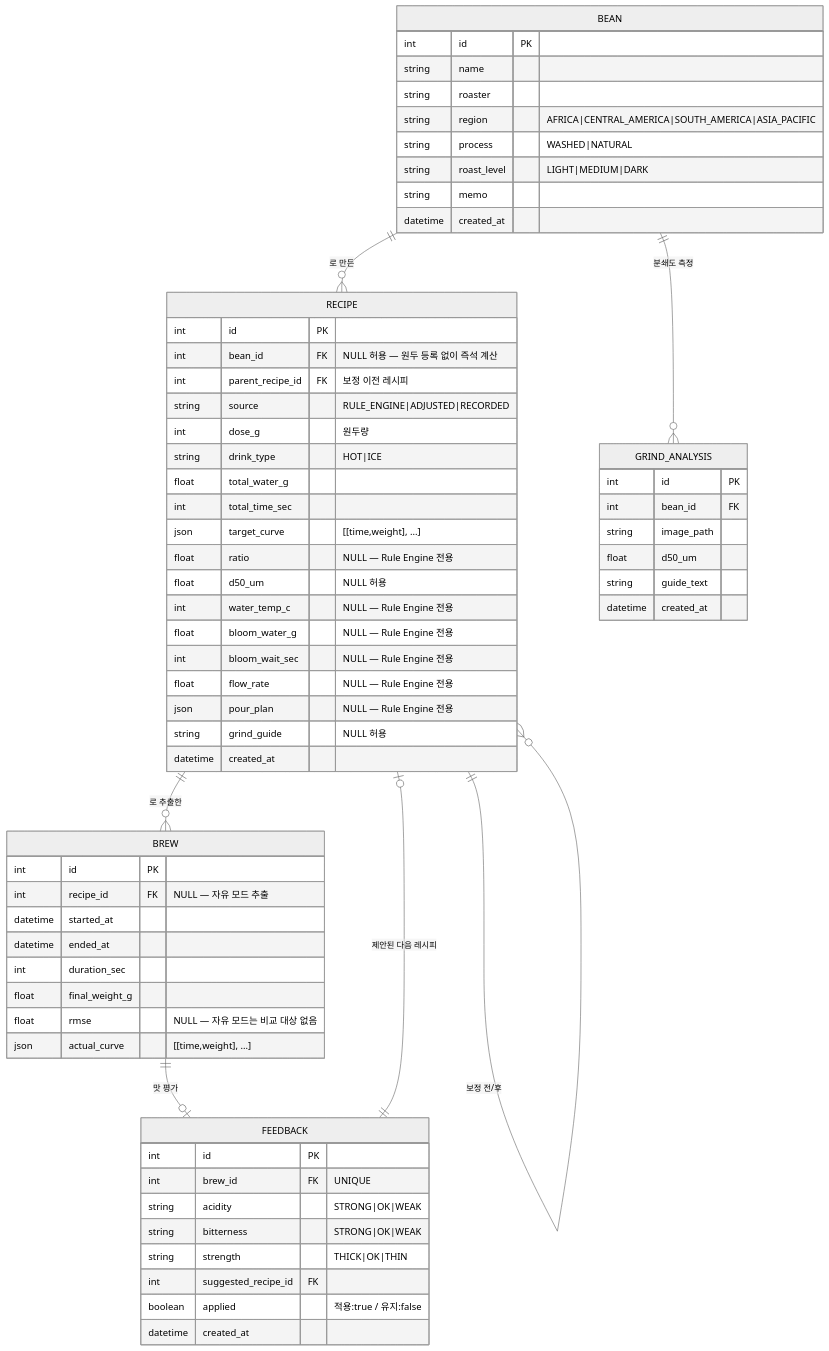
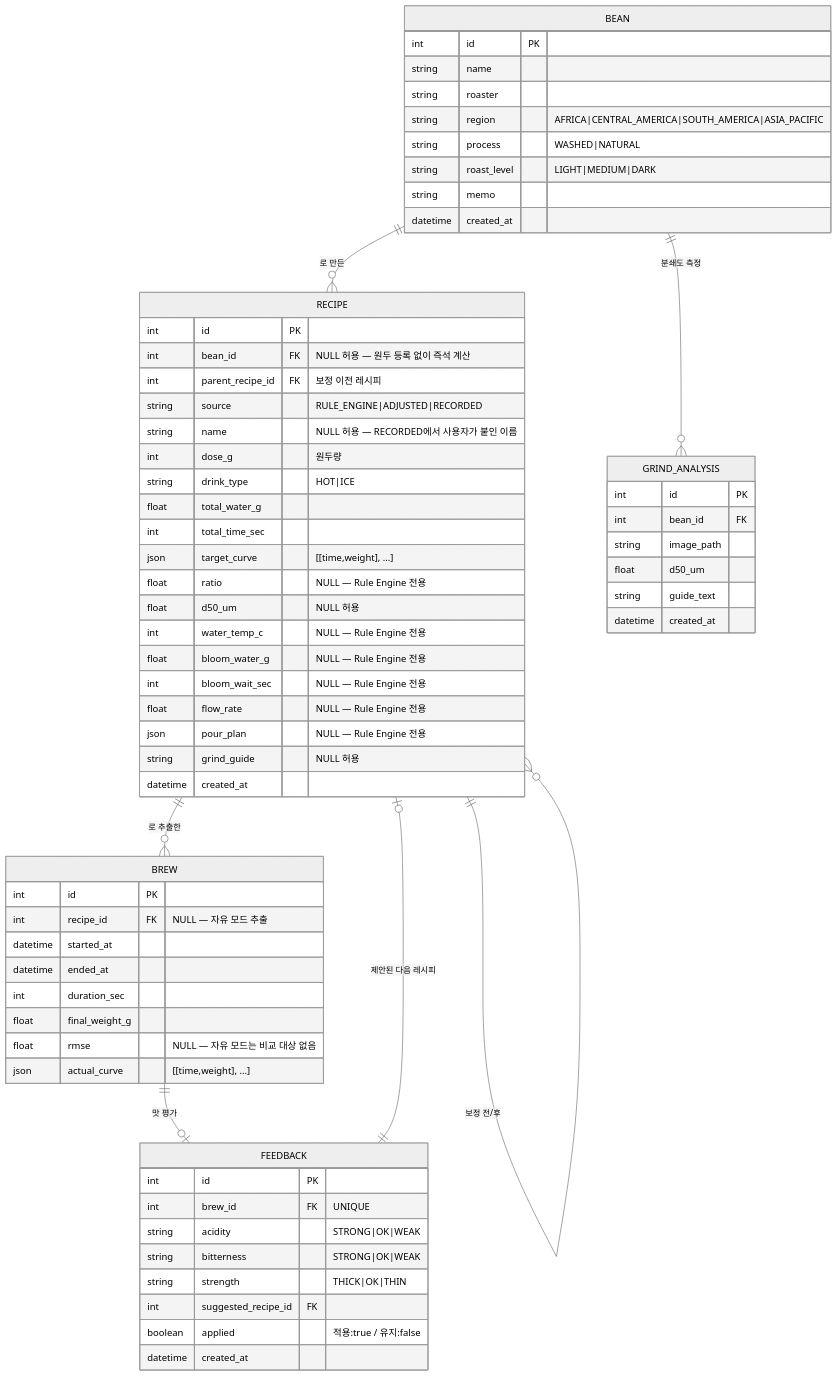
The diagram in docs/erd.md (kmin-k/DripDraw_Hongik), drawn with Mermaid (neutral theme) before and after one commit. The commit also changed 13 other files, not shown here.

````diff
--- a/docs/erd.md
+++ b/docs/erd.md
@@ -6,72 +6,73 @@
 ```mermaid
 erDiagram
     BEAN ||--o{ RECIPE : "로 만든"
     RECIPE ||--o{ BREW : "로 추출한"
     RECIPE ||--o{ RECIPE : "보정 전/후"
     BREW ||--o| FEEDBACK : "맛 평가"
     FEEDBACK ||--o| RECIPE : "제안된 다음 레시피"
     BEAN ||--o{ GRIND_ANALYSIS : "분쇄도 측정"
 
     BEAN {
         int id PK
         string name
         string roaster
         string region "AFRICA|CENTRAL_AMERICA|SOUTH_AMERICA|ASIA_PACIFIC"
         string process "WASHED|NATURAL"
         string roast_level "LIGHT|MEDIUM|DARK"
         string memo
         datetime created_at
     }
 
     RECIPE {
         int id PK
         int bean_id FK "NULL 허용 — 원두 등록 없이 즉석 계산"
         int parent_recipe_id FK "보정 이전 레시피"
         string source "RULE_ENGINE|ADJUSTED|RECORDED"
+        string name "NULL 허용 — RECORDED에서 사용자가 붙인 이름"
         int dose_g "원두량"
         string drink_type "HOT|ICE"
         float total_water_g
         int total_time_sec
         json target_curve "[[time,weight], ...]"
         float ratio "NULL — Rule Engine 전용"
         float d50_um "NULL 허용"
         int water_temp_c "NULL — Rule Engine 전용"
         float bloom_water_g "NULL — Rule Engine 전용"
         int bloom_wait_sec "NULL — Rule Engine 전용"
         float flow_rate "NULL — Rule Engine 전용"
         json pour_plan "NULL — Rule Engine 전용"
         string grind_guide "NULL 허용"
         datetime created_at
     }
 
     BREW {
         int id PK
         int recipe_id FK "NULL — 자유 모드 추출"
         datetime started_at
         datetime ended_at
         int duration_sec
         float final_weight_g
         float rmse "NULL — 자유 모드는 비교 대상 없음"
         json actual_curve "[[time,weight], ...]"
     }
 
     FEEDBACK {
         int id PK
         int brew_id FK "UNIQUE"
         string acidity "STRONG|OK|WEAK"
         string bitterness "STRONG|OK|WEAK"
         string strength "THICK|OK|THIN"
         int suggested_recipe_id FK
         boolean applied "적용:true / 유지:false"
         datetime created_at
     }
 
     GRIND_ANALYSIS {
         int id PK
         int bean_id FK
         string image_path
         float d50_um
         string guide_text
         datetime created_at
     }
 ```
````
